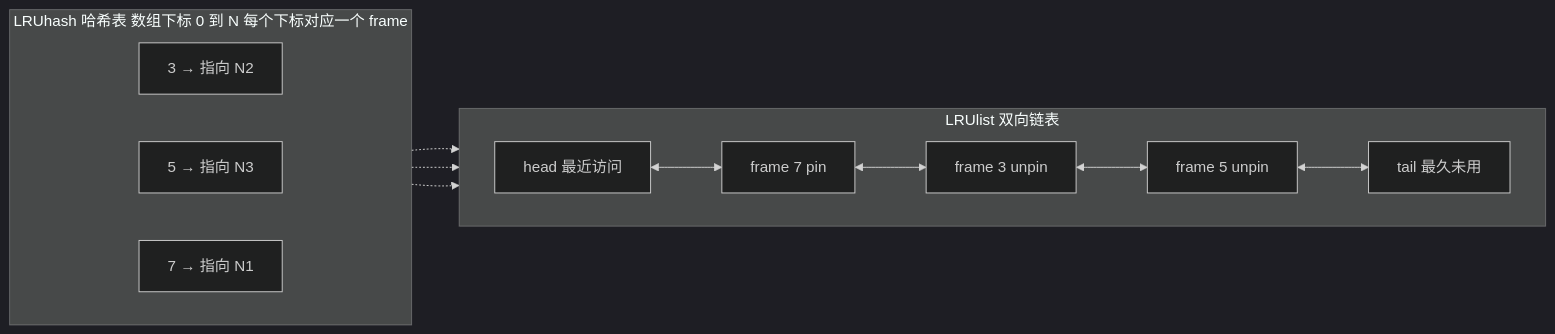
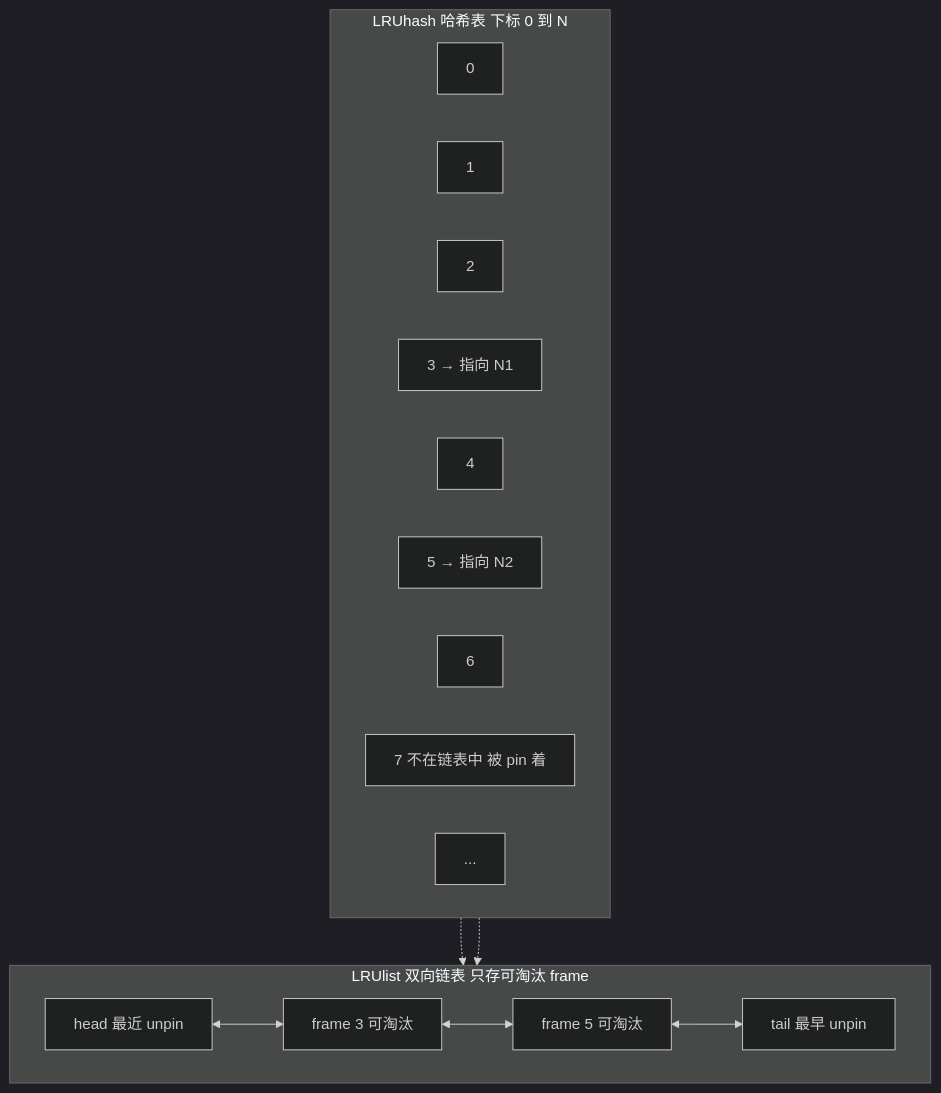
One commit to Dorian7Alden/RMDB-2024-Analyze changed the first of 9 diagrams in my-analysis/01-storage-layer/07-page-replacer.md. Above: the diagram before and after it, drawn with Mermaid (dark theme). The commit also changed other lines of this file, not shown here.

Commit message:
重大修正：LRU 的 pin 是摘掉 unpin 是加入 链表只存可淘汰 frame

````diff
--- a/my-analysis/01-storage-layer/07-page-replacer.md
+++ b/my-analysis/01-storage-layer/07-page-replacer.md
@@ -44,21 +46,25 @@
 ```mermaid
-flowchart LR
-    subgraph LIST["LRUlist 双向链表"]
+flowchart TD
+    subgraph LIST["LRUlist 双向链表 只存可淘汰 frame"]
         direction LR
-        HEAD["head 最近访问"] <--> N1["frame 7 pin"]
-        N1 <--> N2["frame 3 unpin"]
-        N2 <--> N3["frame 5 unpin"]
-        N3 <--> TAIL["tail 最久未用"]
+        HEAD["head 最近 unpin"] <--> N1["frame 3 可淘汰"]
+        N1 <--> N2["frame 5 可淘汰"]
+        N2 <--> TAIL["tail 最早 unpin"]
     end
 
-    subgraph HASH["LRUhash 哈希表 数组下标 0 到 N 每个下标对应一个 frame"]
+    subgraph HASH["LRUhash 哈希表 下标 0 到 N"]
         direction LR
-        H3["3 → 指向 N2"]
-        H5["5 → 指向 N3"]
-        H7["7 → 指向 N1"]
+        H0["0"]
+        H1["1"]
+        H2["2"]
+        H3["3 → 指向 N1"]
+        H4["4"]
+        H5["5 → 指向 N2"]
+        H6["6"]
+        H7["7 不在链表中 被 pin 着"]
+        HD["..."]
     end
 
-    H3 -.-> N2
-    H5 -.-> N3
-    H7 -.-> N1
+    H3 -.-> N1
+    H5 -.-> N2
 ```
````
